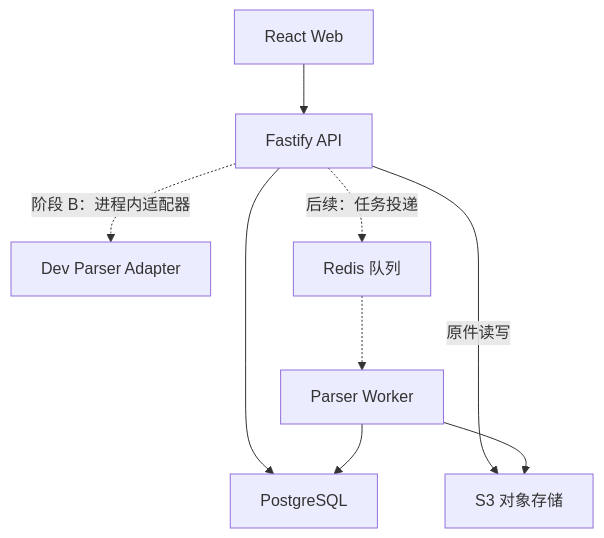
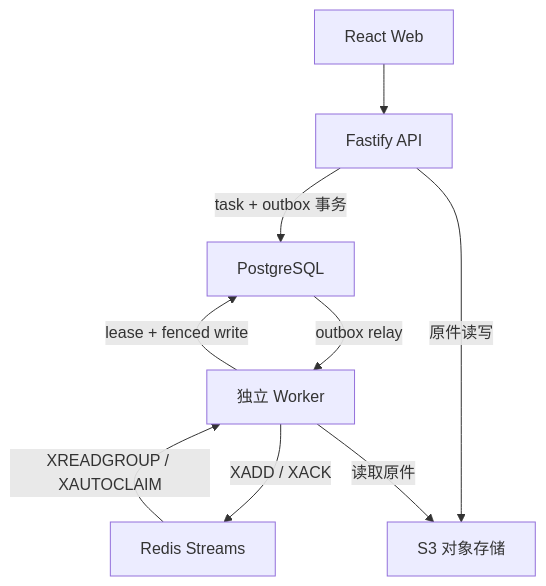
The first of 2 diagrams in docs/MVP_TECHNICAL_DESIGN.md (JustinQP/AiBidV3), drawn with Mermaid before and after one commit. The commit also changed other lines of this file and 56 other files, not shown here.

Commit message:
feat: add durable parser worker

````diff
--- a/docs/MVP_TECHNICAL_DESIGN.md
+++ b/docs/MVP_TECHNICAL_DESIGN.md
@@ -67,11 +69,11 @@
 ```mermaid
 flowchart TD
     UI["React Web"] --> API["Fastify API"]
-    API --> PG["PostgreSQL"]
+    API -->|"task + outbox 事务"| PG["PostgreSQL"]
     API -->|"原件读写"| S3["S3 对象存储"]
-    API -. "阶段 B：进程内适配器" .-> DEV["Dev Parser Adapter"]
-    API -. "后续：任务投递" .-> REDIS["Redis 队列"]
-    REDIS -.-> WORKER["Parser Worker"]
-    WORKER --> PG
-    WORKER --> S3
+    PG -->|"outbox relay"| WORKER["独立 Worker"]
+    WORKER -->|"XADD / XACK"| REDIS["Redis Streams"]
+    REDIS -->|"XREADGROUP / XAUTOCLAIM"| WORKER
+    WORKER -->|"lease + fenced write"| PG
+    WORKER -->|"读取原件"| S3
 ```
````
